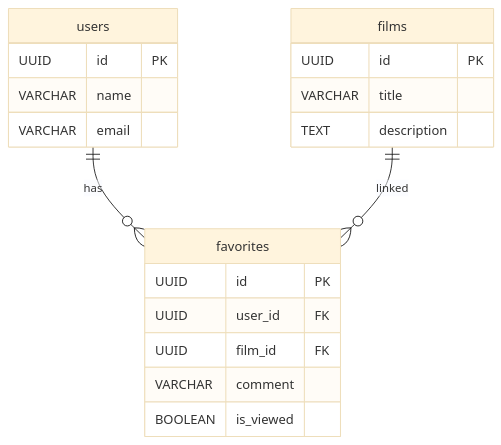
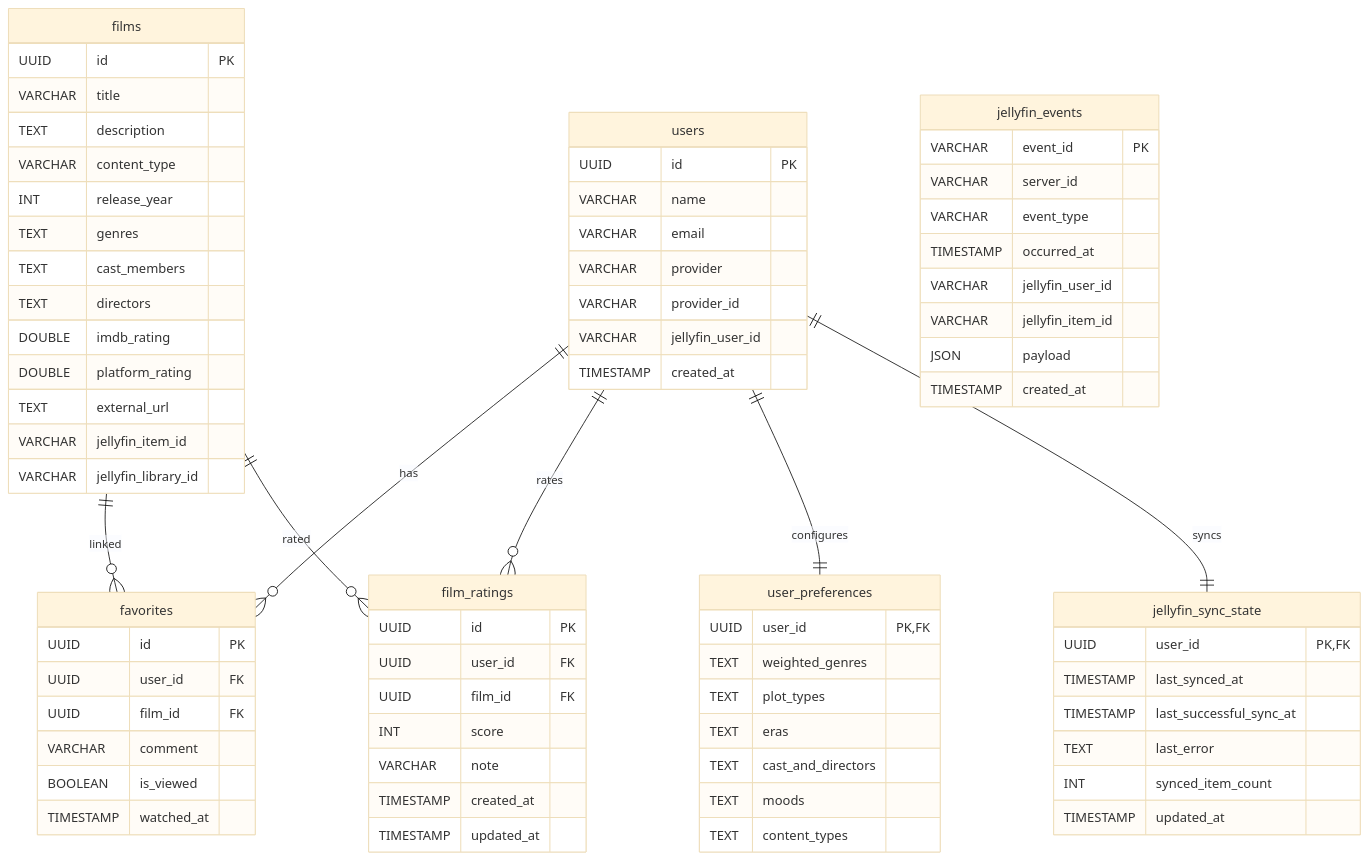
The diagram in src/main/resources/db/ER.md (devitq/movienight-backend), drawn with Mermaid (base theme) before and after one commit. The commit also changed 66 other files, not shown here.

````diff
--- a/src/main/resources/db/ER.md
+++ b/src/main/resources/db/ER.md
@@ -6,12 +6,26 @@
         UUID id PK
         VARCHAR name
         VARCHAR email
+        VARCHAR provider
+        VARCHAR provider_id
+        VARCHAR jellyfin_user_id
+        TIMESTAMP created_at
     }
 
     films {
         UUID id PK
         VARCHAR title
         TEXT description
+        VARCHAR content_type
+        INT release_year
+        TEXT genres
+        TEXT cast_members
+        TEXT directors
+        DOUBLE imdb_rating
+        DOUBLE platform_rating
+        TEXT external_url
+        VARCHAR jellyfin_item_id
+        VARCHAR jellyfin_library_id
     }
 
     favorites {
@@ -20,8 +34,53 @@
         UUID film_id FK
         VARCHAR comment
         BOOLEAN is_viewed
+        TIMESTAMP watched_at
+    }
+
+    user_preferences {
+        UUID user_id PK,FK
+        TEXT weighted_genres
+        TEXT plot_types
+        TEXT eras
+        TEXT cast_and_directors
+        TEXT moods
+        TEXT content_types
+    }
+
+    film_ratings {
+        UUID id PK
+        UUID user_id FK
+        UUID film_id FK
+        INT score
+        VARCHAR note
+        TIMESTAMP created_at
+        TIMESTAMP updated_at
+    }
+
+    jellyfin_events {
+        VARCHAR event_id PK
+        VARCHAR server_id
+        VARCHAR event_type
+        TIMESTAMP occurred_at
+        VARCHAR jellyfin_user_id
+        VARCHAR jellyfin_item_id
+        JSON payload
+        TIMESTAMP created_at
+    }
+
+    jellyfin_sync_state {
+        UUID user_id PK,FK
+        TIMESTAMP last_synced_at
+        TIMESTAMP last_successful_sync_at
+        TEXT last_error
+        INT synced_item_count
+        TIMESTAMP updated_at
     }
 
     users ||--o{ favorites : has
     films ||--o{ favorites : linked
+    users ||--o{ film_ratings : rates
+    films ||--o{ film_ratings : rated
+    users ||--|| user_preferences : configures
+    users ||--|| jellyfin_sync_state : syncs
 ```
````
